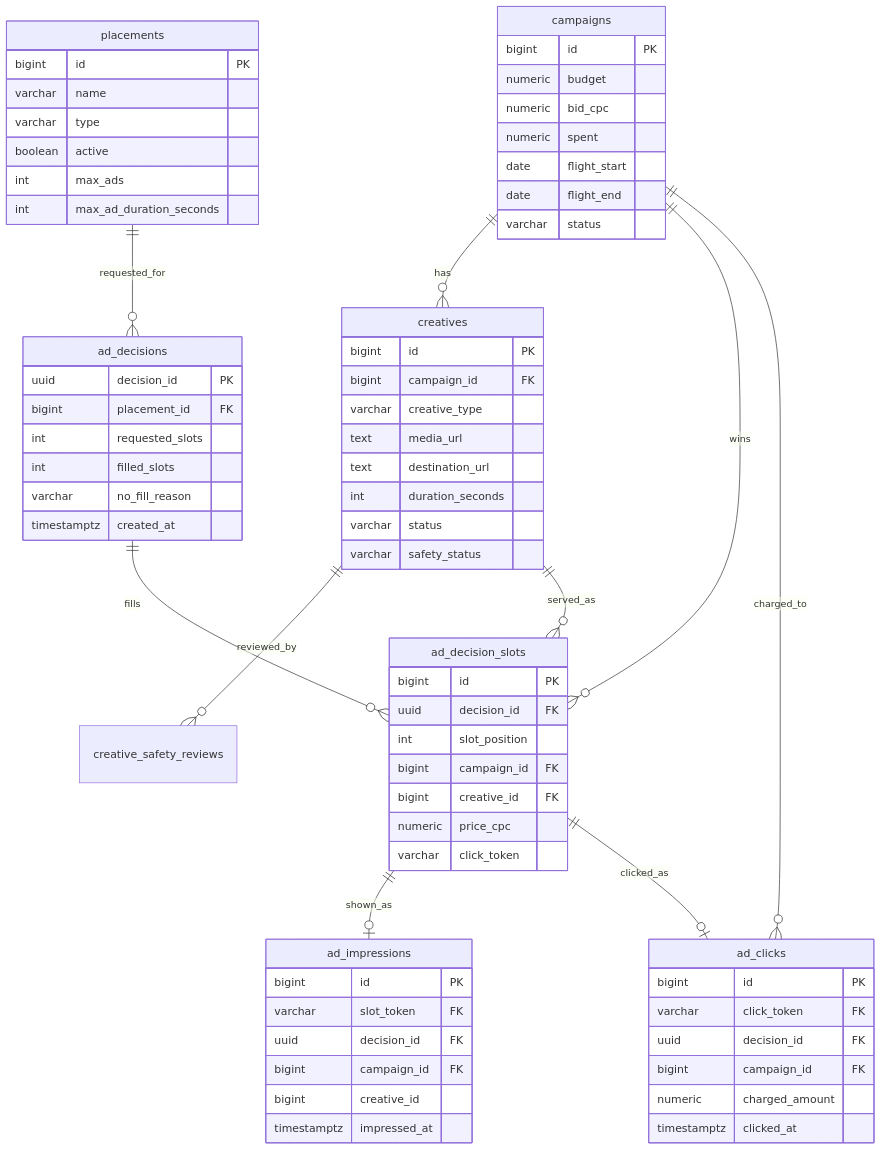
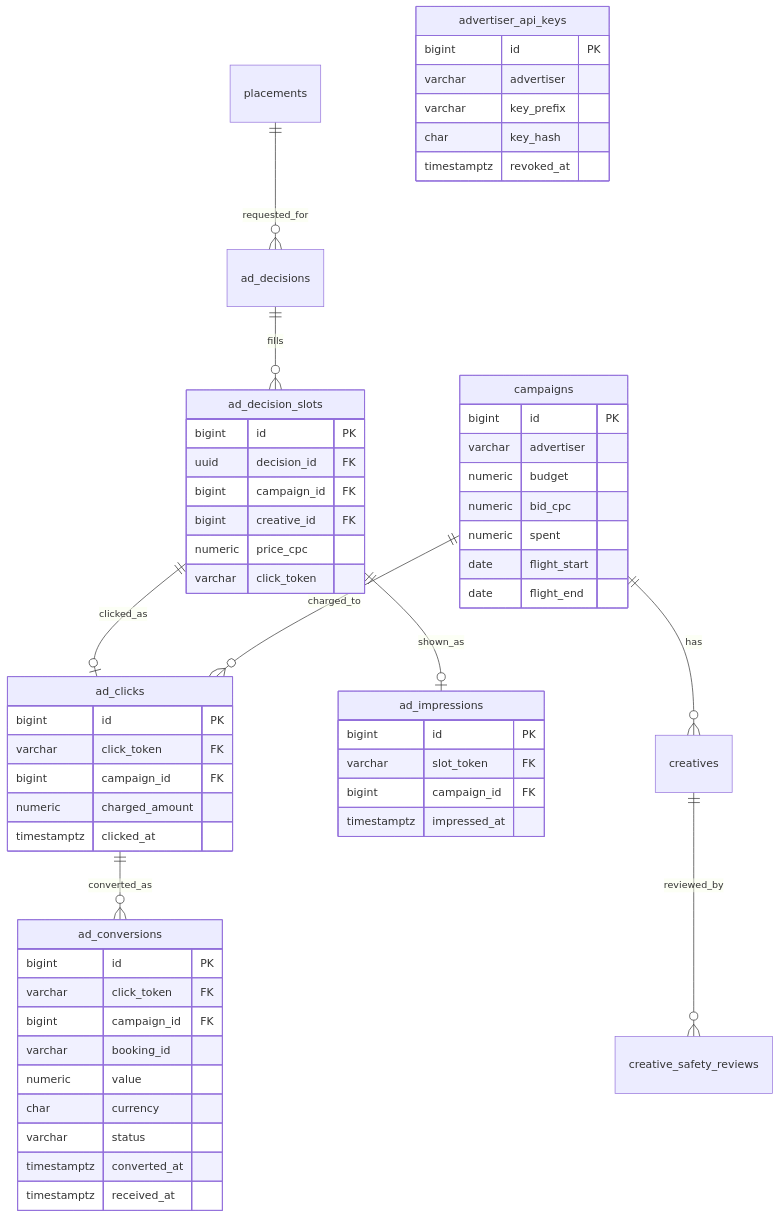
One commit to shreya2agrawal/streaming-ads-pipeline changed the second of 2 diagrams in docs/ARCHITECTURE.md. Above: the diagram before and after it, drawn with Mermaid. The commit also changed other lines of this file and 1 other file, not shown here.

First line of the commit message:
docs: conversions, API keys, advertiser stats, roadmap

````diff
--- a/docs/ARCHITECTURE.md
+++ b/docs/ARCHITECTURE.md
@@ -257,73 +231,60 @@
 ```mermaid
 erDiagram
     campaigns ||--o{ creatives : has
     creatives ||--o{ creative_safety_reviews : reviewed_by
     placements ||--o{ ad_decisions : requested_for
     ad_decisions ||--o{ ad_decision_slots : fills
-    campaigns ||--o{ ad_decision_slots : wins
-    creatives ||--o{ ad_decision_slots : served_as
     ad_decision_slots ||--o| ad_impressions : shown_as
     ad_decision_slots ||--o| ad_clicks : clicked_as
+    ad_clicks ||--o{ ad_conversions : converted_as
     campaigns ||--o{ ad_clicks : charged_to
 
     campaigns {
         bigint id PK
+        varchar advertiser
         numeric budget
         numeric bid_cpc
         numeric spent
         date flight_start
         date flight_end
-        varchar status
-    }
-    creatives {
-        bigint id PK
-        bigint campaign_id FK
-        varchar creative_type
-        text media_url
-        text destination_url
-        int duration_seconds
-        varchar status
-        varchar safety_status
-    }
-    placements {
-        bigint id PK
-        varchar name
-        varchar type
-        boolean active
-        int max_ads
-        int max_ad_duration_seconds
-    }
-    ad_decisions {
-        uuid decision_id PK
-        bigint placement_id FK
-        int requested_slots
-        int filled_slots
-        varchar no_fill_reason
-        timestamptz created_at
     }
     ad_decision_slots {
         bigint id PK
         uuid decision_id FK
-        int slot_position
         bigint campaign_id FK
         bigint creative_id FK
         numeric price_cpc
         varchar click_token
     }
     ad_impressions {
         bigint id PK
         varchar slot_token FK
-        uuid decision_id FK
         bigint campaign_id FK
-        bigint creative_id
         timestamptz impressed_at
     }
     ad_clicks {
         bigint id PK
         varchar click_token FK
-        uuid decision_id FK
         bigint campaign_id FK
         numeric charged_amount
         timestamptz clicked_at
     }
+    ad_conversions {
+        bigint id PK
+        varchar click_token FK
+        bigint campaign_id FK
+        varchar booking_id
+        numeric value
+        char currency
+        varchar status
+        timestamptz converted_at
+        timestamptz received_at
+    }
+    advertiser_api_keys {
+        bigint id PK
+        varchar advertiser
+        varchar key_prefix
+        char key_hash
+        timestamptz revoked_at
+    }
 ```
````
